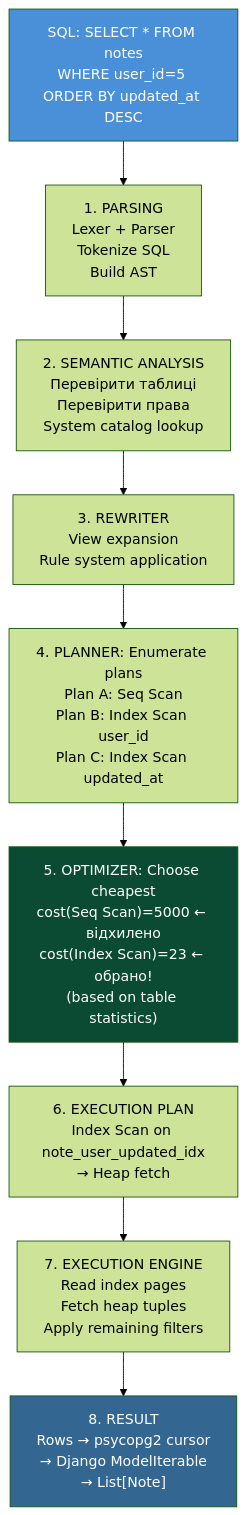
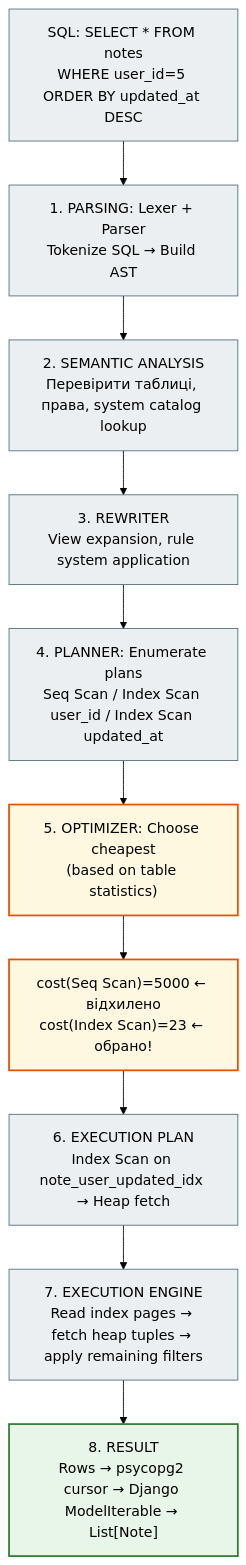
Before and after one commit to NikoriakViktot/notes_chat_app: the ninth of 20 diagrams in docs/03_database_and_orm/orm_mermaid_full.md, drawn with Mermaid (forest theme). The commit also changed other lines of this file and 441 other files, not shown here.

First line of the commit message:
Add English version of the book, Mermaid standard, docs fixes

````diff
--- a/docs/03_database_and_orm/orm_mermaid_full.md
+++ b/docs/03_database_and_orm/orm_mermaid_full.md
@@ -369,24 +389,30 @@
 ```mermaid
 graph TD
-    A["SQL: SELECT * FROM notes\nWHERE user_id=5 ORDER BY updated_at DESC"] --> B
+    A["SQL: SELECT * FROM notes<br>WHERE user_id=5 ORDER BY updated_at DESC"] --> B
 
-    B["1. PARSING\nLexer + Parser\nTokenize SQL\nBuild AST"] --> C
+    B["1. PARSING: Lexer + Parser<br>Tokenize SQL → Build AST"] --> C
 
-    C["2. SEMANTIC ANALYSIS\nПеревірити таблиці\nПеревірити права\nSystem catalog lookup"] --> D
+    C["2. SEMANTIC ANALYSIS<br>Перевірити таблиці, права, system catalog lookup"] --> D
 
-    D["3. REWRITER\nView expansion\nRule system application"] --> E
+    D["3. REWRITER<br>View expansion, rule system application"] --> E
 
-    E["4. PLANNER: Enumerate plans\nPlan A: Seq Scan\nPlan B: Index Scan user_id\nPlan C: Index Scan updated_at"] --> F
+    E["4. PLANNER: Enumerate plans<br>Seq Scan / Index Scan user_id / Index Scan updated_at"] --> F
 
-    F["5. OPTIMIZER: Choose cheapest\ncost(Seq Scan)=5000 ← відхилено\ncost(Index Scan)=23 ← обрано!\n(based on table statistics)"] --> G
+    F["5. OPTIMIZER: Choose cheapest<br>(based on table statistics)"] --> F2
 
-    G["6. EXECUTION PLAN\nIndex Scan on note_user_updated_idx\n→ Heap fetch"] --> H
+    F2["cost(Seq Scan)=5000 ← відхилено<br>cost(Index Scan)=23 ← обрано!"] --> G
 
-    H["7. EXECUTION ENGINE\nRead index pages\nFetch heap tuples\nApply remaining filters"] --> I
+    G["6. EXECUTION PLAN<br>Index Scan on note_user_updated_idx → Heap fetch"] --> H
 
-    I["8. RESULT\nRows → psycopg2 cursor\n→ Django ModelIterable\n→ List[Note]"]
+    H["7. EXECUTION ENGINE<br>Read index pages → fetch heap tuples → apply remaining filters"] --> I
 
-    style A fill:#4A90D9,color:#fff
-    style F fill:#0C4B33,color:#fff
-    style I fill:#336791,color:#fff
+    I["8. RESULT<br>Rows → psycopg2 cursor → Django ModelIterable → List[Note]"]
+
+    classDef step     fill:#eceff1,stroke:#546e7a,stroke-width:1px;
+    classDef success  fill:#e8f5e9,stroke:#2e7d32,stroke-width:2px;
+    classDef warning  fill:#fff8e1,stroke:#e65100,stroke-width:2px;
+
+    class A,B,C,D,E,G,H step;
+    class I success;
+    class F,F2 warning;
 ```
````
